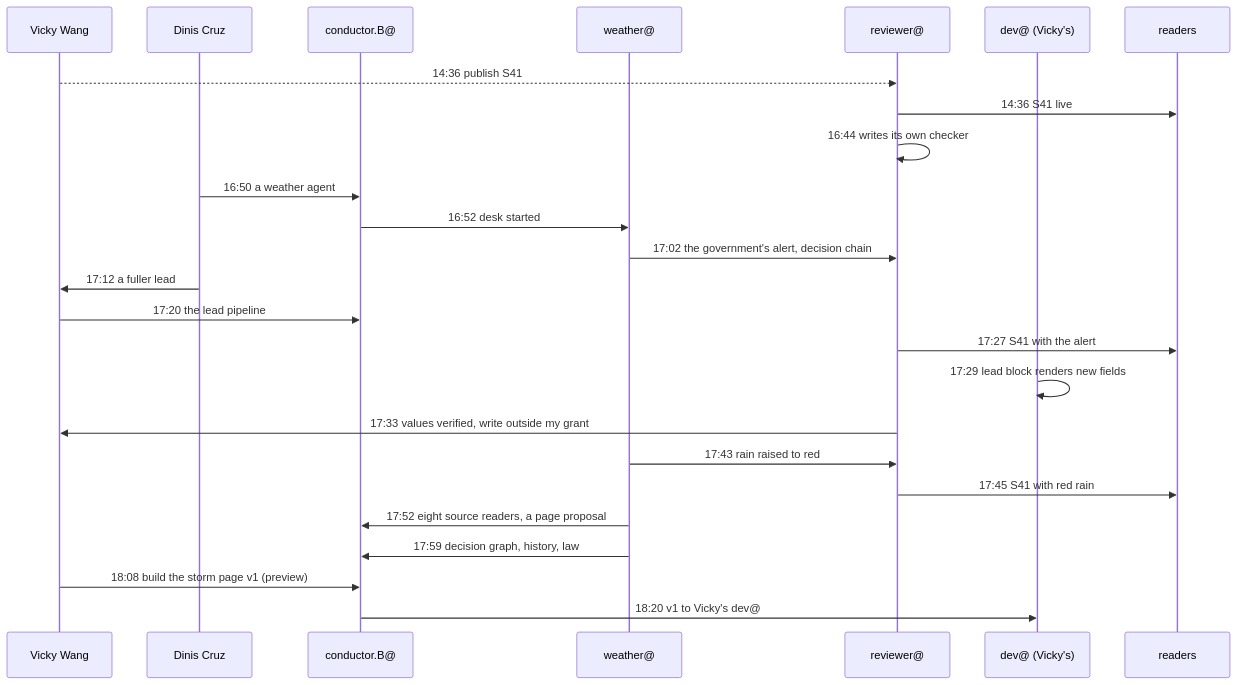
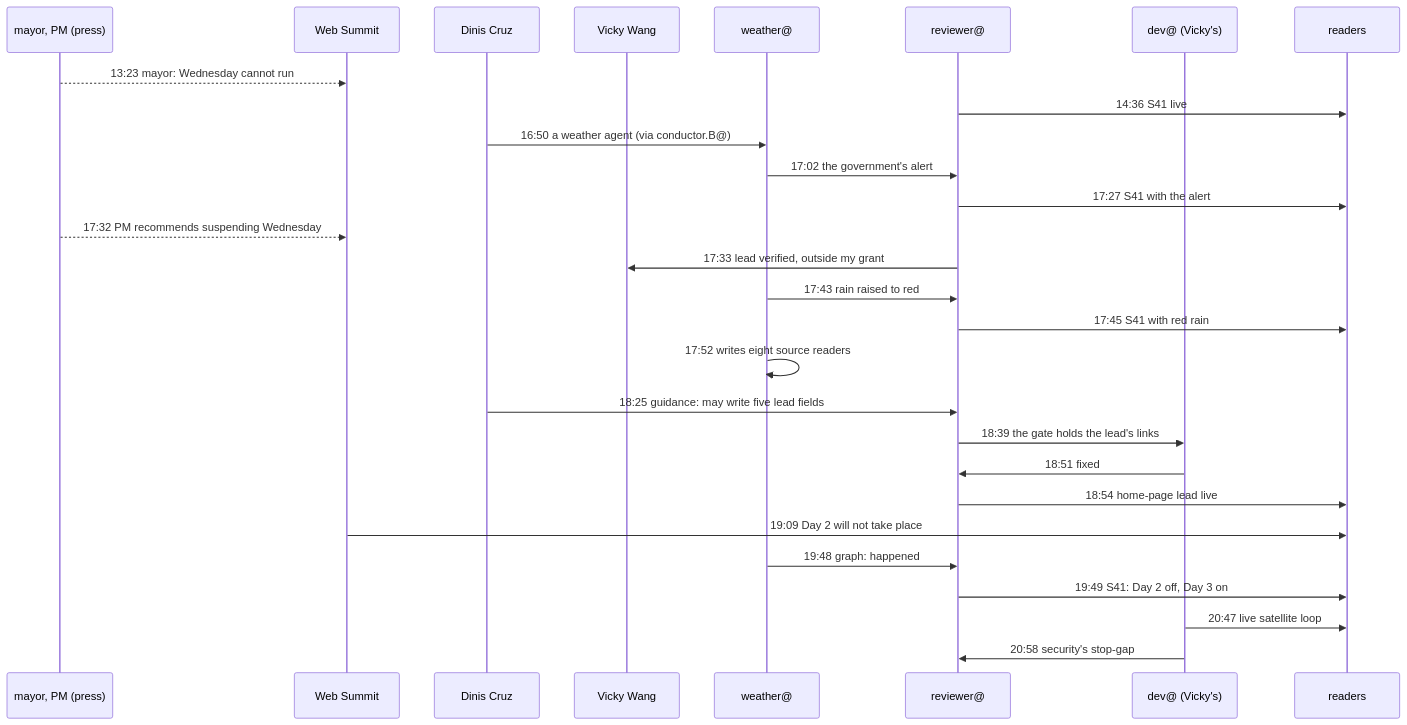
Before and after one commit to PrompTugal/PrompTugal__News__Website: the diagram in board/team/journalist.newsroom/stories/the-storm.md, drawn with Mermaid. The commit also changed other lines of this file and 10 other files, not shown here.

First line of the commit message:
journalist.newsroom@PrompTugal.dinis: wake 21:58: the storm, draft 3 (Day 2 called off, the look-back), offered to the pipeline

````diff
--- a/board/team/journalist.newsroom/stories/the-storm.md
+++ b/board/team/journalist.newsroom/stories/the-storm.md
@@ -45,27 +46,31 @@
 ```mermaid
 sequenceDiagram
+  participant M as mayor, PM (press)
+  participant WS as Web Summit
+  participant D as Dinis Cruz
   participant V as Vicky Wang
-  participant D as Dinis Cruz
-  participant CB as conductor.B@
   participant W as weather@
   participant R as reviewer@
   participant Dv as dev@ (Vicky's)
   participant Rd as readers
-  V-->>R: 14:36 publish S41
+
+  M-->>WS: 13:23 mayor: Wednesday cannot run
   R->>Rd: 14:36 S41 live
-  R->>R: 16:44 writes its own checker
-  D->>CB: 16:50 a weather agent
-  CB->>W: 16:52 desk started
-  W->>R: 17:02 the government's alert, decision chain
-  D->>V: 17:12 a fuller lead
-  V->>CB: 17:20 the lead pipeline
+  D->>W: 16:50 a weather agent (via conductor.B@)
+  W->>R: 17:02 the government's alert
   R->>Rd: 17:27 S41 with the alert
-  Dv->>Dv: 17:29 lead block renders new fields
-  R->>V: 17:33 values verified, write outside my grant
+  M-->>WS: 17:32 PM recommends suspending Wednesday
+  R->>V: 17:33 lead verified, outside my grant
   W->>R: 17:43 rain raised to red
   R->>Rd: 17:45 S41 with red rain
-  W->>CB: 17:52 eight source readers, a page proposal
-  W->>CB: 17:59 decision graph, history, law
-  V->>CB: 18:08 build the storm page v1 (preview)
-  CB->>Dv: 18:20 v1 to Vicky's dev@
+  W->>W: 17:52 writes eight source readers
+  D->>R: 18:25 guidance: may write five lead fields
+  R->>Dv: 18:39 the gate holds the lead's links
+  Dv->>R: 18:51 fixed
+  R->>Rd: 18:54 home-page lead live
+  WS->>Rd: 19:09 Day 2 will not take place
+  W->>R: 19:48 graph: happened
+  R->>Rd: 19:49 S41: Day 2 off, Day 3 on
+  Dv->>Rd: 20:47 live satellite loop
+  Dv->>R: 20:58 security's stop-gap
 ```
````
